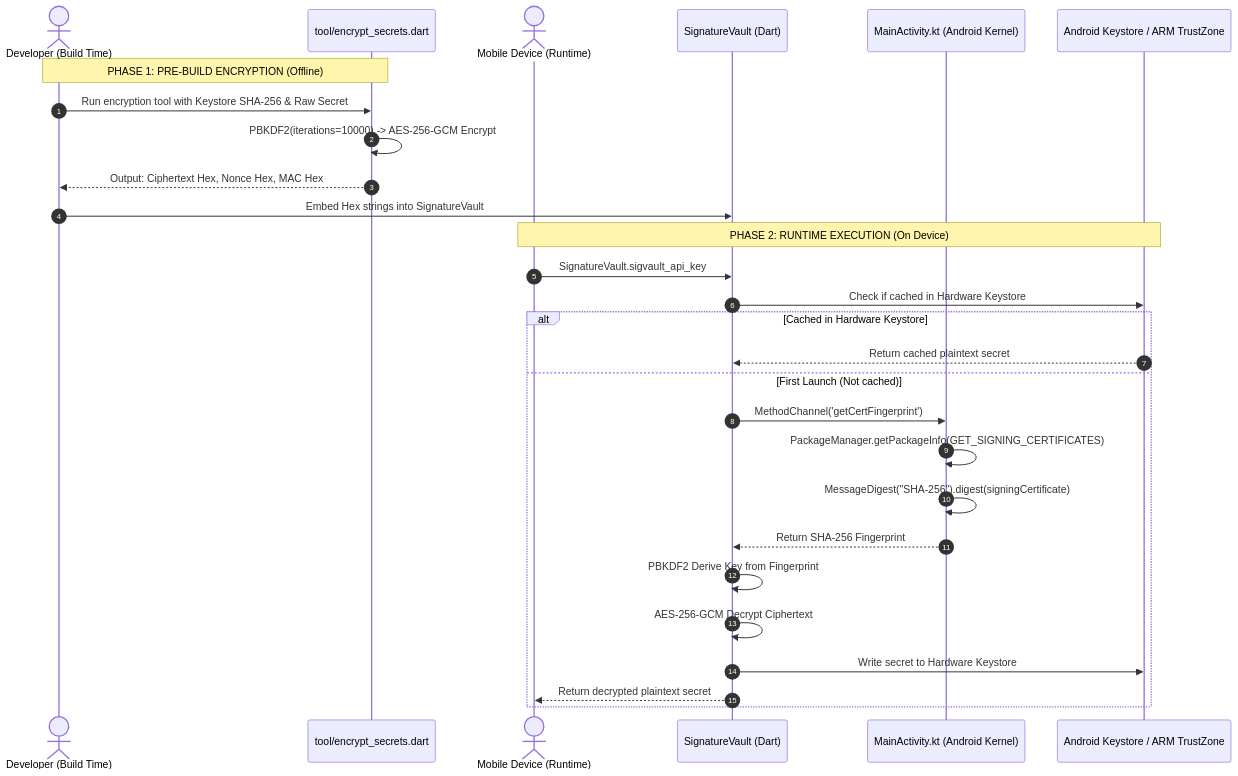
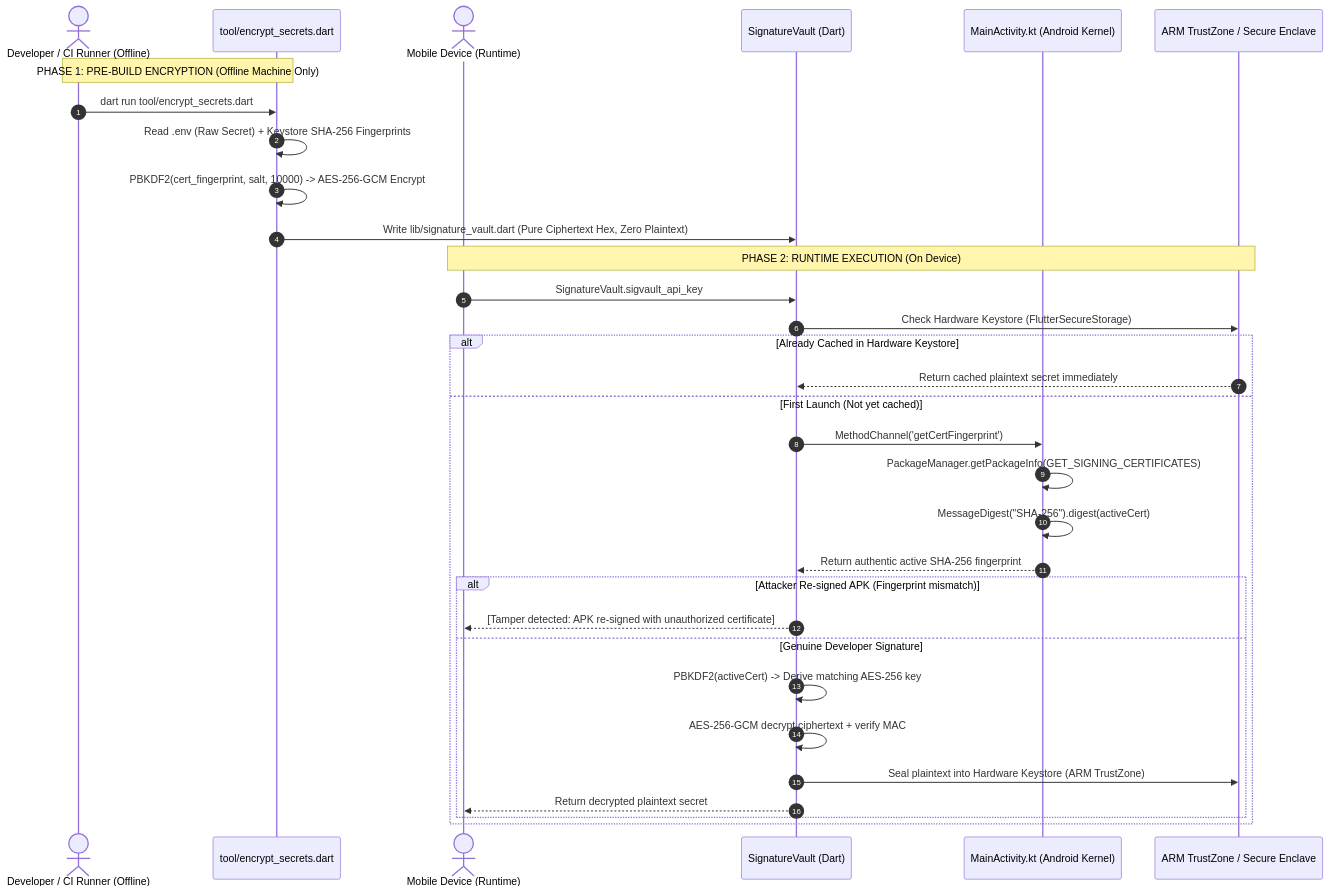
The diagram in README.md (amodkanthe/key-hide-test), drawn with Mermaid before and after one commit. The commit also changed other lines of this file and 3 other files, not shown here.

Commit message:
docs & feat: clarify Method 3 implementation, offline tool workflow, and dual-profile certificate binding

````diff
--- a/README.md
+++ b/README.md
@@ -175,32 +351,36 @@
 ```mermaid
 sequenceDiagram
     autonumber
-    actor Dev as Developer (Build Time)
-    participant Enc as tool/encrypt_secrets.dart
-    actor User as Mobile Device (Runtime)
+    actor Dev as Developer / CI Runner (Offline)
+    participant Tool as tool/encrypt_secrets.dart
+    actor Phone as Mobile Device (Runtime)
     participant Dart as SignatureVault (Dart)
-    participant Native as MainActivity.kt (Android Kernel)
-    participant TrustZone as Android Keystore / ARM TrustZone
+    participant OS as MainActivity.kt (Android Kernel)
+    participant TrustZone as ARM TrustZone / Secure Enclave
 
-    Note over Dev,Enc: PHASE 1: PRE-BUILD ENCRYPTION (Offline)
-    Dev->>Enc: Run encryption tool with Keystore SHA-256 & Raw Secret
-    Enc->>Enc: PBKDF2(iterations=10000) -> AES-256-GCM Encrypt
-    Enc-->>Dev: Output: Ciphertext Hex, Nonce Hex, MAC Hex
-    Dev->>Dart: Embed Hex strings into SignatureVault
+    Note over Dev,Tool: PHASE 1: PRE-BUILD ENCRYPTION (Offline Machine Only)
+    Dev->>Tool: dart run tool/encrypt_secrets.dart
+    Tool->>Tool: Read .env (Raw Secret) + Keystore SHA-256 Fingerprints
+    Tool->>Tool: PBKDF2(cert_fingerprint, salt, 10000) -> AES-256-GCM Encrypt
+    Tool->>Dart: Write lib/signature_vault.dart (Pure Ciphertext Hex, Zero Plaintext)
 
-    Note over User,TrustZone: PHASE 2: RUNTIME EXECUTION (On Device)
-    User->>Dart: SignatureVault.sigvault_api_key
-    Dart->>TrustZone: Check if cached in Hardware Keystore
-    alt Cached in Hardware Keystore
-        TrustZone-->>Dart: Return cached plaintext secret
-    else First Launch (Not cached)
-        Dart->>Native: MethodChannel('getCertFingerprint')
-        Native->>Native: PackageManager.getPackageInfo(GET_SIGNING_CERTIFICATES)
-        Native->>Native: MessageDigest("SHA-256").digest(signingCertificate)
-        Native-->>Dart: Return SHA-256 Fingerprint
-        Dart->>Dart: PBKDF2 Derive Key from Fingerprint
-        Dart->>Dart: AES-256-GCM Decrypt Ciphertext
-        Dart->>TrustZone: Write secret to Hardware Keystore
-        Dart-->>User: Return decrypted plaintext secret
+    Note over Phone,TrustZone: PHASE 2: RUNTIME EXECUTION (On Device)
+    Phone->>Dart: SignatureVault.sigvault_api_key
+    Dart->>TrustZone: Check Hardware Keystore (FlutterSecureStorage)
+    alt Already Cached in Hardware Keystore
+        TrustZone-->>Dart: Return cached plaintext secret immediately
+    else First Launch (Not yet cached)
+        Dart->>OS: MethodChannel('getCertFingerprint')
+        OS->>OS: PackageManager.getPackageInfo(GET_SIGNING_CERTIFICATES)
+        OS->>OS: MessageDigest("SHA-256").digest(activeCert)
+        OS-->>Dart: Return authentic active SHA-256 fingerprint
+        alt Attacker Re-signed APK (Fingerprint mismatch)
+            Dart-->>Phone: [Tamper detected: APK re-signed with unauthorized certificate]
+        else Genuine Developer Signature
+            Dart->>Dart: PBKDF2(activeCert) -> Derive matching AES-256 key
+            Dart->>Dart: AES-256-GCM decrypt ciphertext + verify MAC
+            Dart->>TrustZone: Seal plaintext into Hardware Keystore (ARM TrustZone)
+            Dart-->>Phone: Return decrypted plaintext secret
+        end
     end
 ```
````
